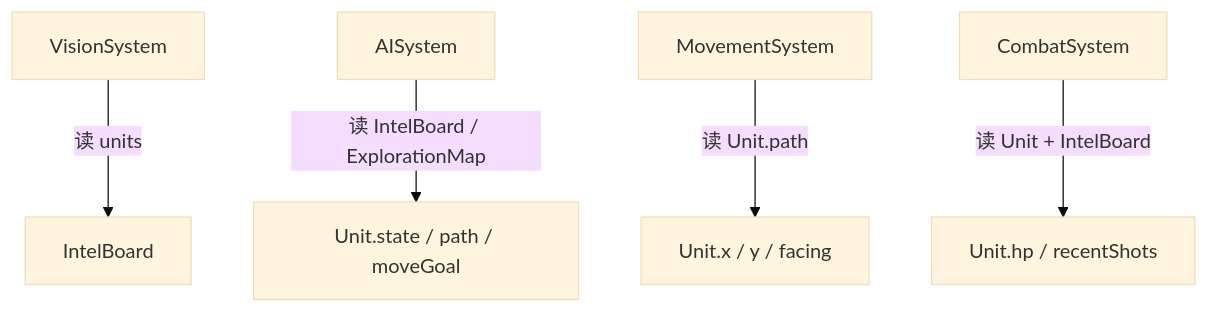
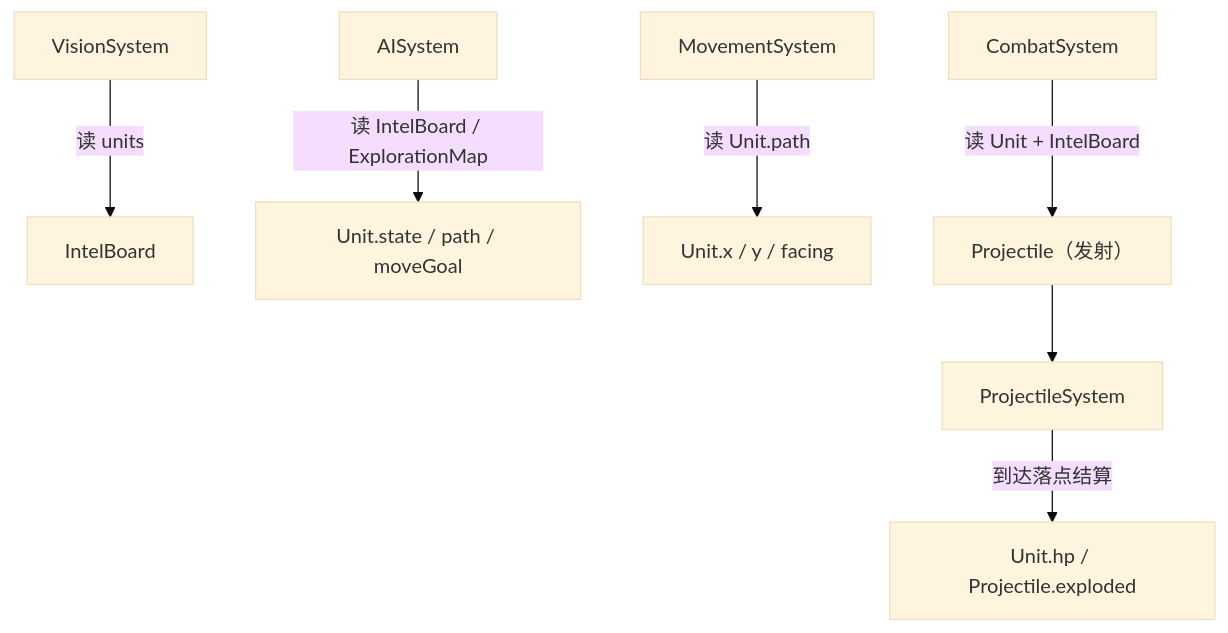
One commit to Arctitico/GDUWS changed the fifth of 11 diagrams in docs/概要设计说明书.md. Above: the diagram before and after it, drawn with Mermaid (base theme). The commit also changed other lines of this file and 14 other files, not shown here.

````diff
--- a/docs/概要设计说明书.md
+++ b/docs/概要设计说明书.md
@@ -154,7 +162,9 @@
 ```mermaid
 flowchart TD
     A[VisionSystem] -->|读 units| B[IntelBoard]
     C[AISystem] -->|读 IntelBoard / ExplorationMap| D["Unit.state / path / moveGoal"]
     E[MovementSystem] -->|读 Unit.path| F["Unit.x / y / facing"]
-    G[CombatSystem] -->|读 Unit + IntelBoard| H["Unit.hp / recentShots"]
+    G[CombatSystem] -->|读 Unit + IntelBoard| H["Projectile（发射）"]
+    H --> I[ProjectileSystem]
+    I -->|"到达落点结算"| J["Unit.hp / Projectile.exploded"]
 ```
````
